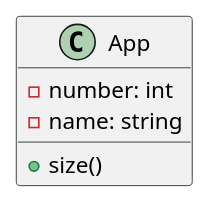
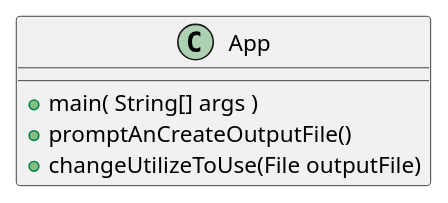
The diagram in docs/ex45.puml (Jsnoap/snoap-cop3330-assignment3), drawn with PlantUML before and after one commit. The commit also changed 4 other files, not shown here.

```diff
--- a/docs/ex45.puml
+++ b/docs/ex45.puml
@@ -1,10 +1,10 @@
 @startuml
 'https://plantuml.com/class-diagram
 
 class App {
--number: int
--name: string
-+size()
++main( String[] args )
++promptAnCreateOutputFile()
++changeUtilizeToUse(File outputFile)
 }
 
 @enduml
```
